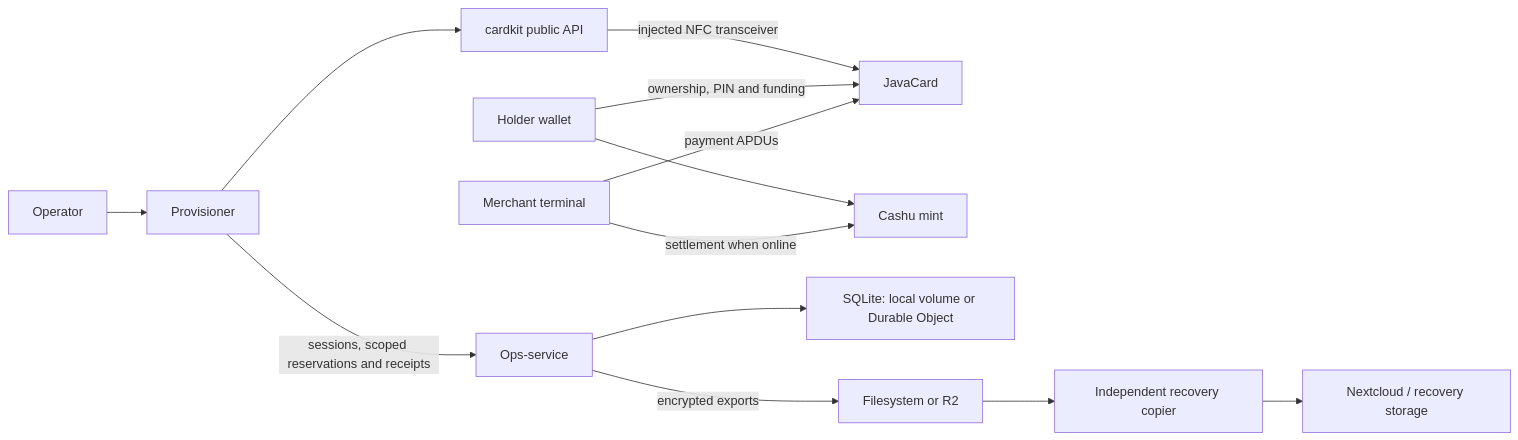
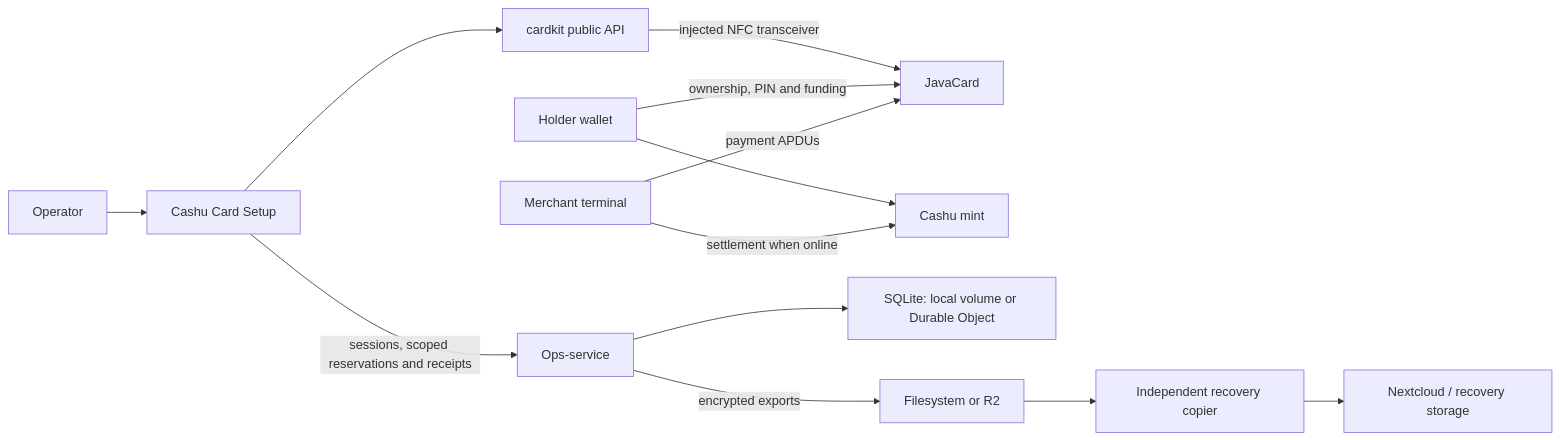
One commit to cashucard/cashucard changed the diagram in docs/ARCHITECTURE.md. Above: the diagram before and after it, drawn with Mermaid. The commit also changed other lines of this file and 31 other files, not shown here.

First line of the commit message:
Setup build 16: the app is named Cashu Card Setup (#265)

````diff
--- a/docs/ARCHITECTURE.md
+++ b/docs/ARCHITECTURE.md
@@ -35,15 +35,15 @@
 ```mermaid
 flowchart LR
-  Operator[Operator] --> P[Provisioner]
+  Operator[Operator] --> P[Cashu Card Setup]
   P -->|sessions, scoped reservations and receipts| O[Ops-service]
   P --> K[cardkit public API]
   K -->|injected NFC transceiver| C[JavaCard]
   W[Holder wallet] -->|ownership, PIN and funding| C
   T[Merchant terminal] -->|payment APDUs| C
   W --> M[Cashu mint]
   T -->|settlement when online| M
   O --> D[SQLite: local volume or Durable Object]
   O -->|encrypted exports| R[Filesystem or R2]
   R --> B[Independent recovery copier]
   B --> N[Nextcloud / recovery storage]
 ```
````
